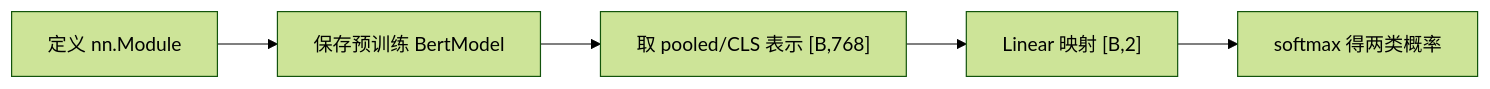
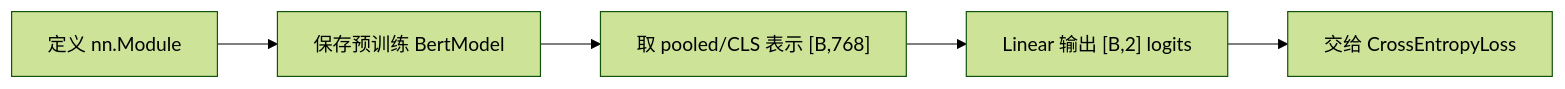
The first of 3 diagrams in notes/transfer-learning/19-classification-model.md (luyunix/nlp_study), drawn with Mermaid (forest theme) before and after one commit. The commit also changed other lines of this file and 66 other files, not shown here.

````diff
--- a/notes/transfer-learning/19-classification-model.md
+++ b/notes/transfer-learning/19-classification-model.md
@@ -17,12 +17,12 @@
 ```mermaid
 flowchart LR
     N0["定义 nn.Module"]
     N1["保存预训练 BertModel"]
     N2["取 pooled/CLS 表示 [B,768]"]
-    N3["Linear 映射 [B,2]"]
-    N4["softmax 得两类概率"]
+    N3["Linear 输出 [B,2] logits"]
+    N4["交给 CrossEntropyLoss"]
     N0 --> N1
     N1 --> N2
     N2 --> N3
     N3 --> N4
 ```
````
